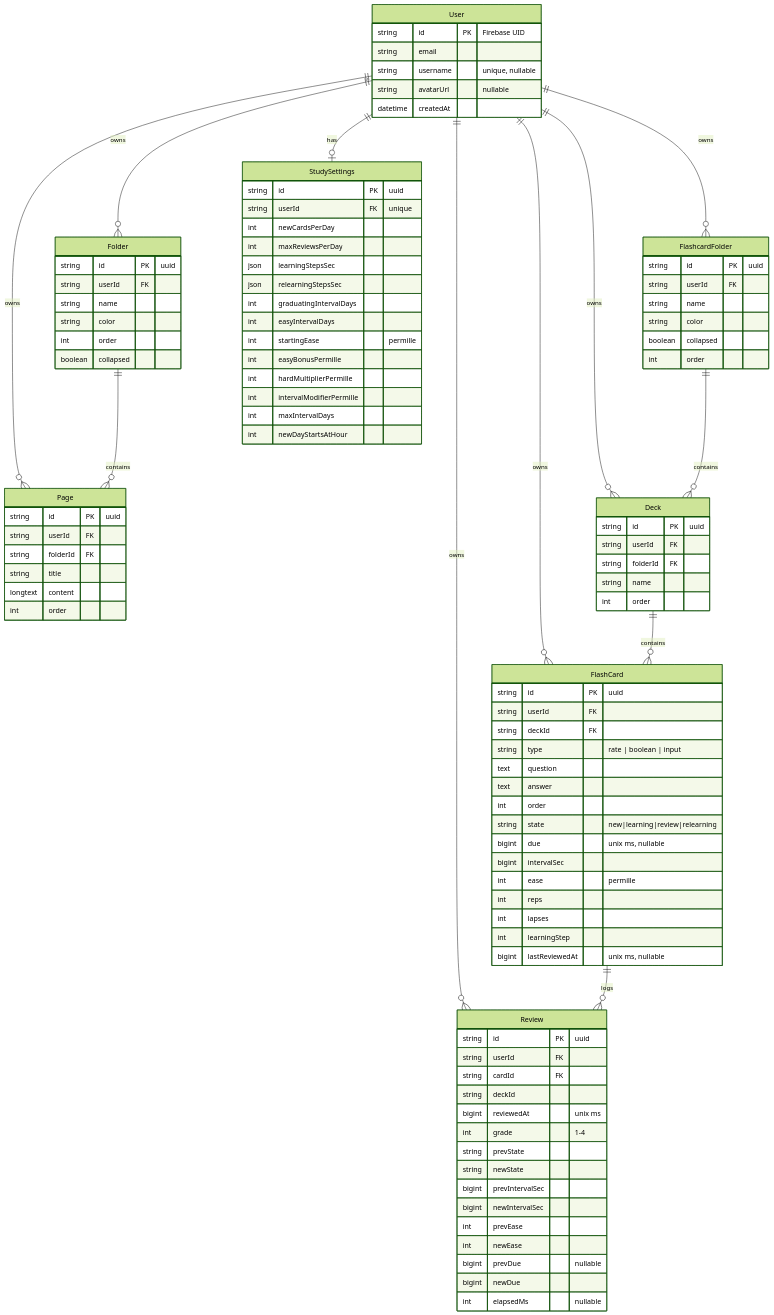
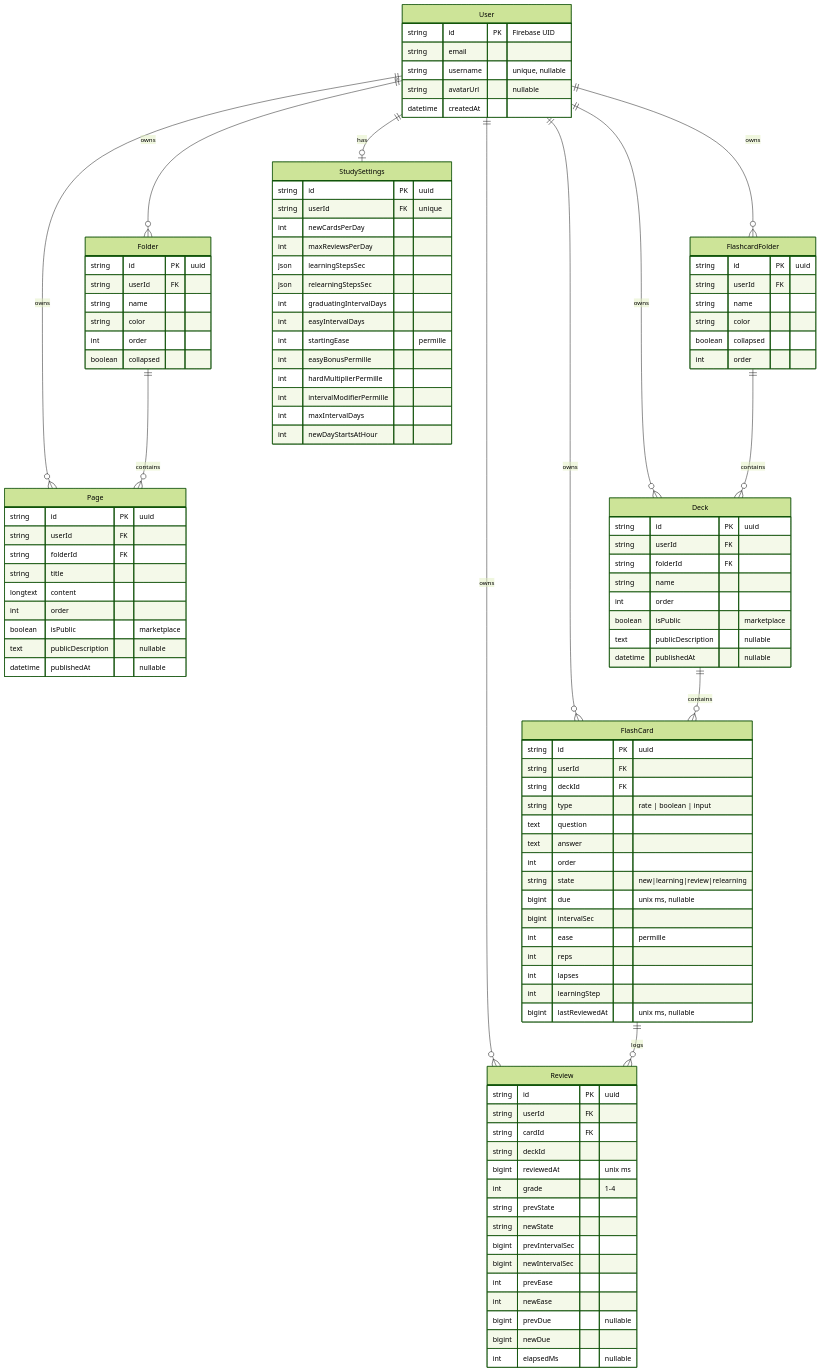
The diagram in backend/docs/SETUP.md (verclukacode/FERINoteDeck), drawn with Mermaid (forest theme) before and after one commit. The commit also changed other lines of this file and 5 other files, not shown here.

```diff
--- a/backend/docs/SETUP.md
+++ b/backend/docs/SETUP.md
@@ -157,6 +157,9 @@
         string title
         longtext content
         int order
+        boolean isPublic "marketplace"
+        text publicDescription "nullable"
+        datetime publishedAt "nullable"
     }
     FlashcardFolder {
         string id PK "uuid"
@@ -172,6 +175,9 @@
         string folderId FK
         string name
         int order
+        boolean isPublic "marketplace"
+        text publicDescription "nullable"
+        datetime publishedAt "nullable"
     }
     FlashCard {
         string id PK "uuid"
```
